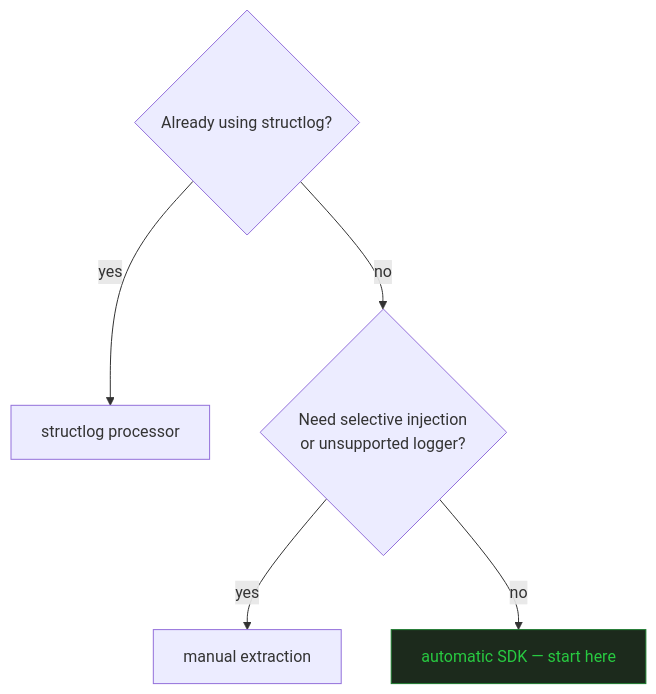
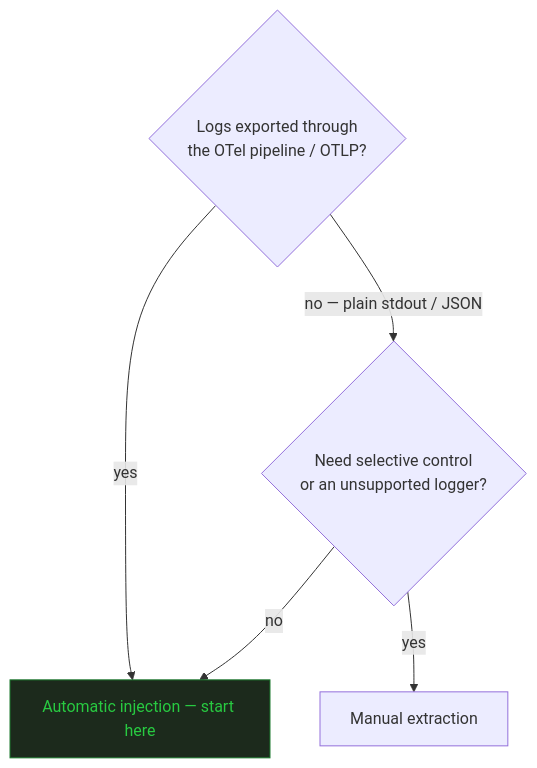
Before and after one commit to radra23/scryops-site: the second of 2 diagrams in content/howtos/wire-trace-ids-into-logs.md, drawn with Mermaid. The commit also changed other lines of this file and 5 other files, not shown here.

```diff
--- a/content/howtos/wire-trace-ids-into-logs.md
+++ b/content/howtos/wire-trace-ids-into-logs.md
@@ -32,8 +32,8 @@
 {{< mermaid >}}
 flowchart TD
-    A{Already using structlog?} -->|yes| B[structlog processor]
-    A -->|no| C{Need selective injection<br/>or unsupported logger?}
-    C -->|yes| D[manual extraction]
-    C -->|no| E[automatic SDK — start here]
+    A{Logs exported through<br/>the OTel pipeline / OTLP?} -->|yes| E[Automatic injection — start here]
+    A -->|no — plain stdout / JSON| C{Need selective control<br/>or an unsupported logger?}
+    C -->|no| E
+    C -->|yes| D[Manual extraction]
     style E fill:#1C2A1C,stroke:#1C7A2E,color:#28CA41
 {{< /mermaid >}}
```
